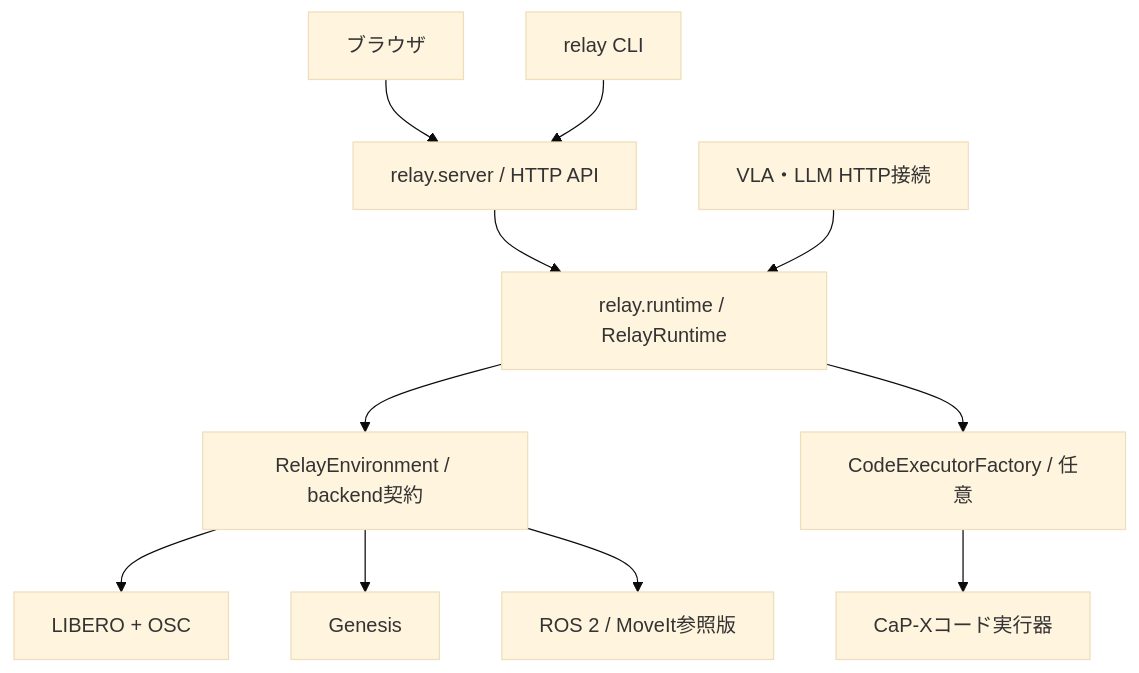
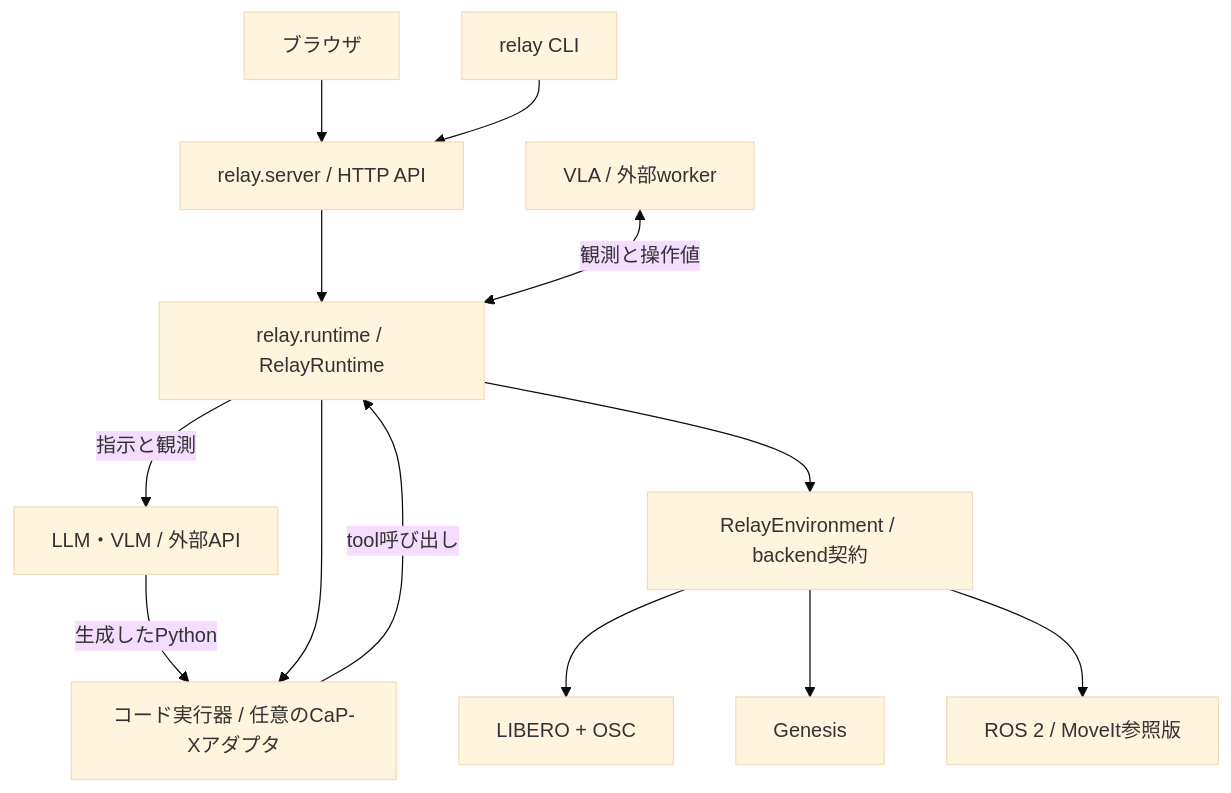
The diagram in docs/runtime.md (takumiecd/relay), drawn with Mermaid (base theme) before and after one commit. The commit also changed other lines of this file and 2 other files, not shown here.

Commit message:
docs: explain runtime data flow and propose Relay demo storyboard

````diff
--- a/docs/runtime.md
+++ b/docs/runtime.md
@@ -7,13 +7,15 @@
 ```mermaid
 flowchart TD
   Browser[ブラウザ] --> API[relay.server / HTTP API]
   CLI[relay CLI] --> API
   API --> Runtime[relay.runtime / RelayRuntime]
-  Policy[VLA・LLM HTTP接続] --> Runtime
+  VLA[VLA / 外部worker] <-->|観測と操作値| Runtime
+  Runtime -->|指示と観測| LLM[LLM・VLM / 外部API]
+  LLM -->|生成したPython| Executor
   Runtime --> Env[RelayEnvironment / backend契約]
   Env --> Libero[LIBERO + OSC]
   Env --> Genesis[Genesis]
   Env --> ROS[ROS 2 / MoveIt参照版]
-  Runtime --> Executor[CodeExecutorFactory / 任意]
-  Executor --> Capx[CaP-Xコード実行器]
+  Runtime --> Executor[コード実行器 / 任意のCaP-Xアダプタ]
+  Executor -->|tool呼び出し| Runtime
 ```
````
